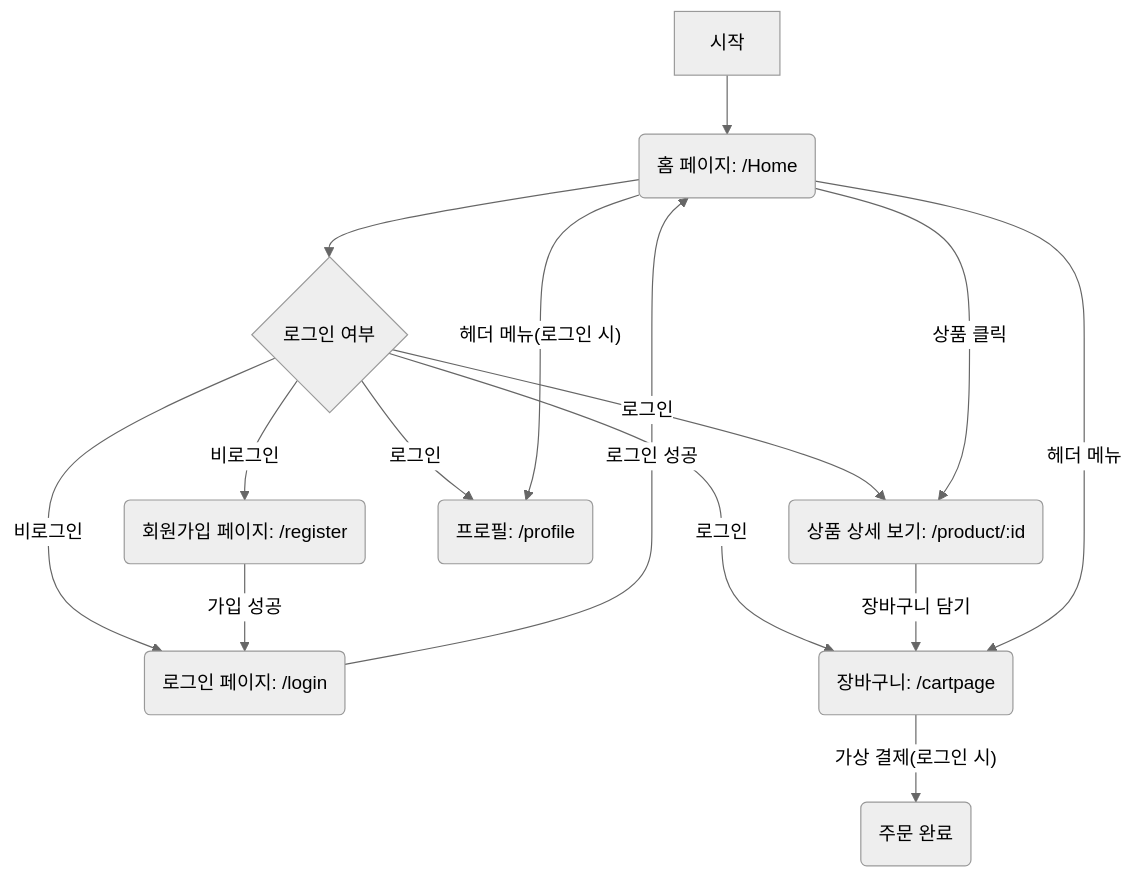
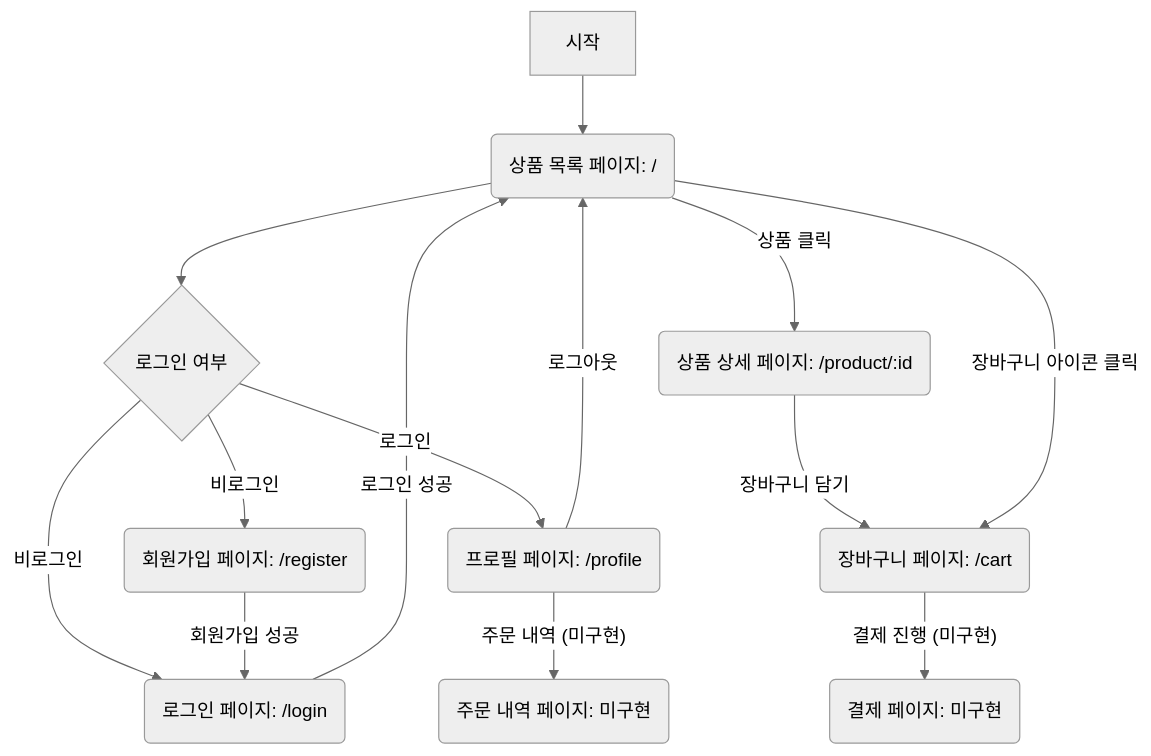
Before and after one commit to Chae-Chae97/Ho-shop: the diagram in screen-flow.md, drawn with Mermaid (neutral theme). The commit also changed 76 other files, not shown here.

````diff
--- a/screen-flow.md
+++ b/screen-flow.md
@@ -1,20 +1,20 @@
 ```mermaid
-flowchart TD
-    A[시작] --> B(홈 페이지: /Home);
+graph TD
+    A[시작] --> B(상품 목록 페이지: /);
+
     B --> C{로그인 여부};
-
     C -- 비로그인 --> D(로그인 페이지: /login);
     C -- 비로그인 --> E(회원가입 페이지: /register);
     D -- 로그인 성공 --> B;
-    E -- 가입 성공 --> D;
+    E -- 회원가입 성공 --> D;
 
-    C -- 로그인 --> F(상품 상세 보기: /product/:id);
-    C -- 로그인 --> G(장바구니: /cartpage);
-    C -- 로그인 --> H(프로필: /profile);
+    B -- 상품 클릭 --> F(상품 상세 페이지: /product/:id);
+    F -- 장바구니 담기 --> G(장바구니 페이지: /cart);
+    B -- 장바구니 아이콘 클릭 --> G;
 
-    B -- 상품 클릭 --> F;
-    F -- 장바구니 담기 --> G;
-    B -- 헤더 메뉴 --> G;
-    B -- 헤더 메뉴(로그인 시) --> H;
-    G -- 가상 결제(로그인 시) --> I(주문 완료);
+    C -- 로그인 --> H(프로필 페이지: /profile);
+    H -- 로그아웃 --> B;
+
+    G -- 결제 진행 (미구현) --> I(결제 페이지: 미구현);
+    H -- 주문 내역 (미구현) --> J(주문 내역 페이지: 미구현);
 ```
````
